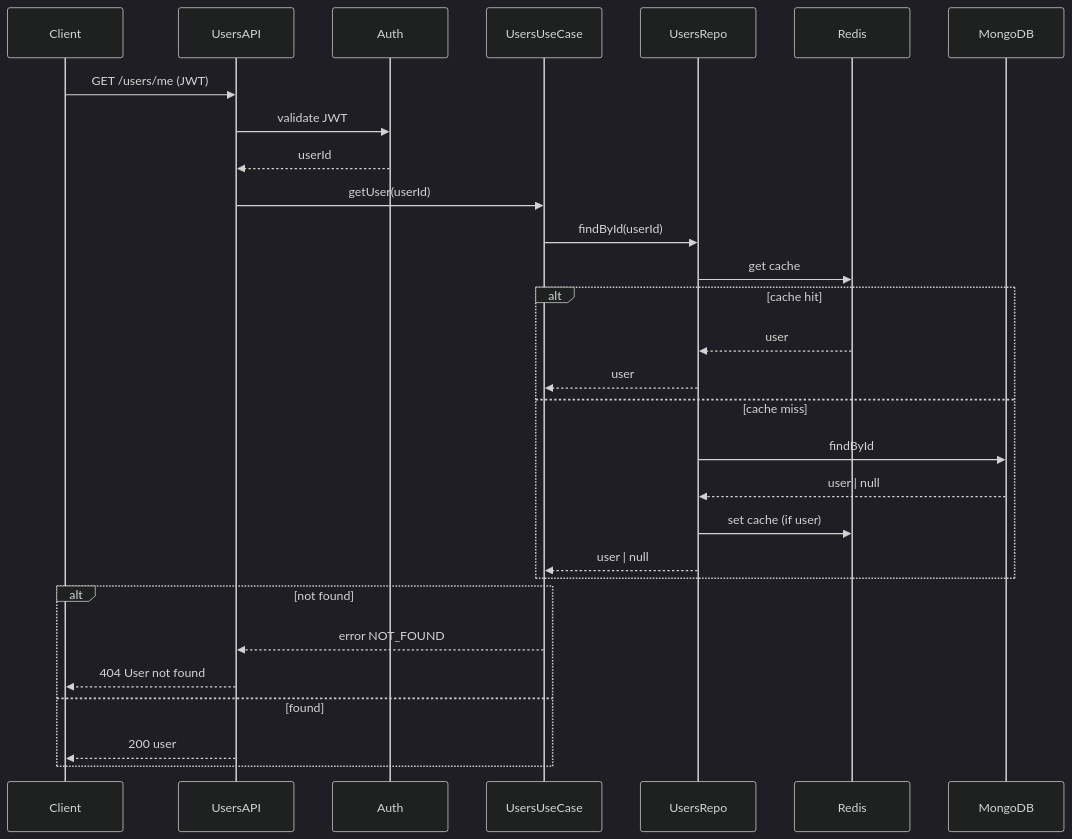
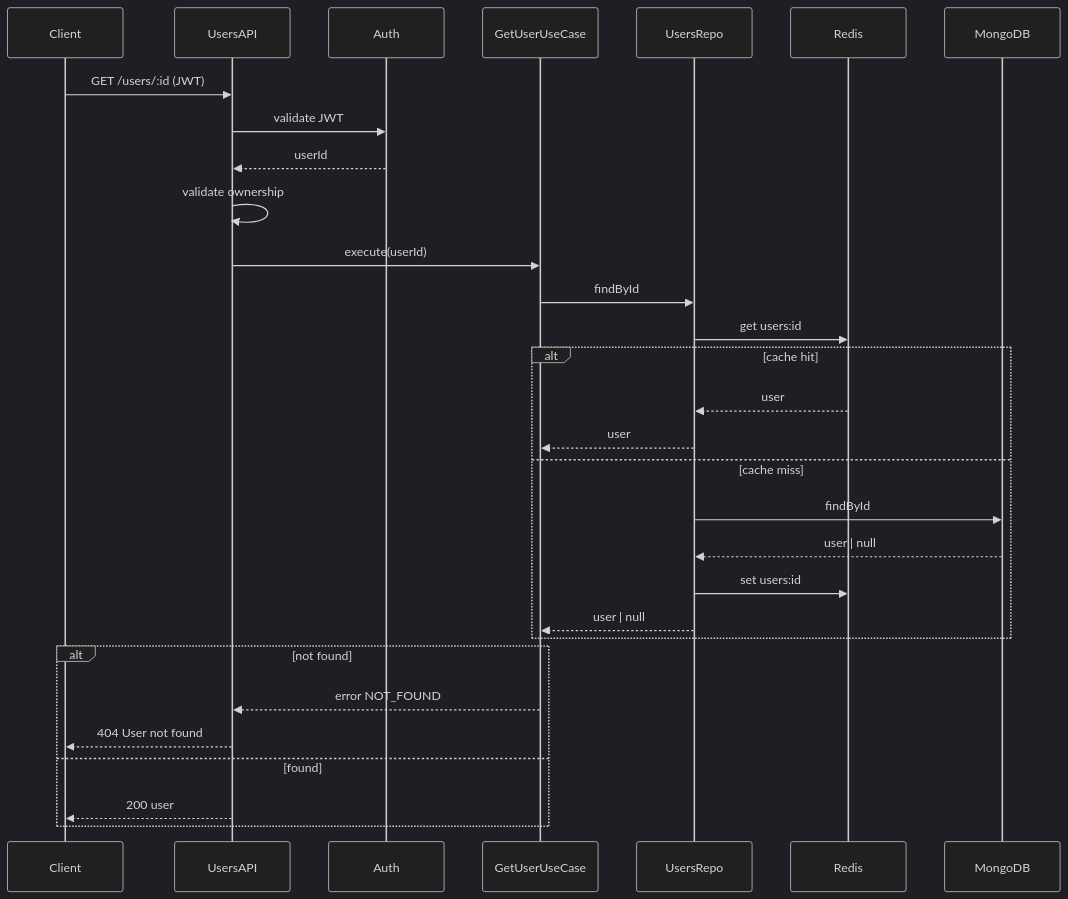
Before and after one commit to rodrigocardosodev/ilia-nodejs-challenge: the third of 7 diagrams in README.md, drawn with Mermaid (dark theme). The commit also changed other lines of this file and 36 other files, not shown here.

````diff
--- a/README.md
+++ b/README.md
@@ -190,32 +189,33 @@
 ```mermaid
 sequenceDiagram
     participant Client
     participant UsersAPI
     participant Auth
-    participant UsersUseCase
+    participant GetUserUseCase
     participant UsersRepo
     participant Redis
     participant MongoDB
 
-    Client->>UsersAPI: GET /users/me (JWT)
+    Client->>UsersAPI: GET /users/:id (JWT)
     UsersAPI->>Auth: validate JWT
     Auth-->>UsersAPI: userId
-    UsersAPI->>UsersUseCase: getUser(userId)
-    UsersUseCase->>UsersRepo: findById(userId)
-    UsersRepo->>Redis: get cache
+    UsersAPI->>UsersAPI: validate ownership
+    UsersAPI->>GetUserUseCase: execute(userId)
+    GetUserUseCase->>UsersRepo: findById
+    UsersRepo->>Redis: get users:id
     alt cache hit
         Redis-->>UsersRepo: user
-        UsersRepo-->>UsersUseCase: user
+        UsersRepo-->>GetUserUseCase: user
     else cache miss
         UsersRepo->>MongoDB: findById
         MongoDB-->>UsersRepo: user | null
-        UsersRepo->>Redis: set cache (if user)
-        UsersRepo-->>UsersUseCase: user | null
+        UsersRepo->>Redis: set users:id
+        UsersRepo-->>GetUserUseCase: user | null
     end
     alt not found
-        UsersUseCase-->>UsersAPI: error NOT_FOUND
+        GetUserUseCase-->>UsersAPI: error NOT_FOUND
         UsersAPI-->>Client: 404 User not found
     else found
         UsersAPI-->>Client: 200 user
     end
 ```
````
